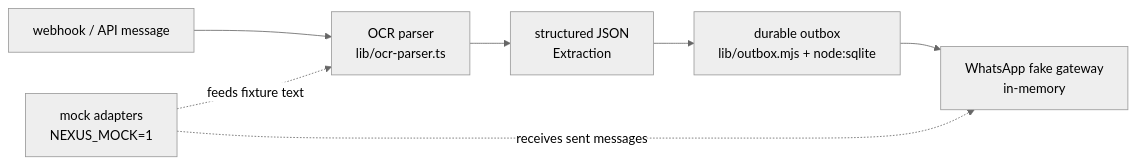
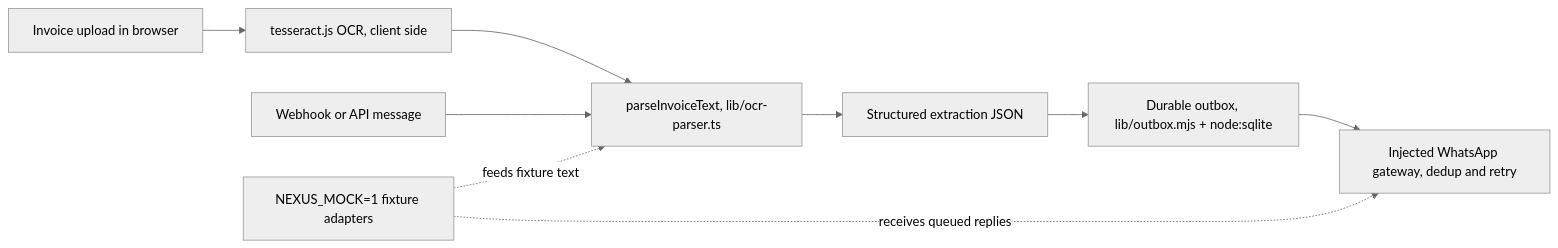
The diagram in README.md (ibraramin/Nexus-Automations), drawn with Mermaid (neutral theme) before and after one commit. The commit also changed other lines of this file, not shown here.

````diff
--- a/README.md
+++ b/README.md
@@ -62,9 +65,11 @@
 ```mermaid
 flowchart LR
-    W["webhook / API message"] --> OCR["OCR parser<br/>lib/ocr-parser.ts"]
-    OCR --> J["structured JSON<br/>Extraction"]
-    J --> OB["durable outbox<br/>lib/outbox.mjs + node:sqlite"]
-    OB --> WA["WhatsApp fake gateway<br/>in-memory"]
-    M["mock adapters<br/>NEXUS_MOCK=1"] -. feeds fixture text .-> OCR
-    M -. receives sent messages .-> WA
+    U["Invoice upload in browser"] --> OCR["tesseract.js OCR, client side"]
+    OCR --> P["parseInvoiceText, lib/ocr-parser.ts"]
+    H["Webhook or API message"] --> P
+    P --> J["Structured extraction JSON"]
+    J --> OB["Durable outbox, lib/outbox.mjs + node:sqlite"]
+    OB --> WA["Injected WhatsApp gateway, dedup and retry"]
+    M["NEXUS_MOCK=1 fixture adapters"] -. feeds fixture text .-> P
+    M -. receives queued replies .-> WA
 ```
````
